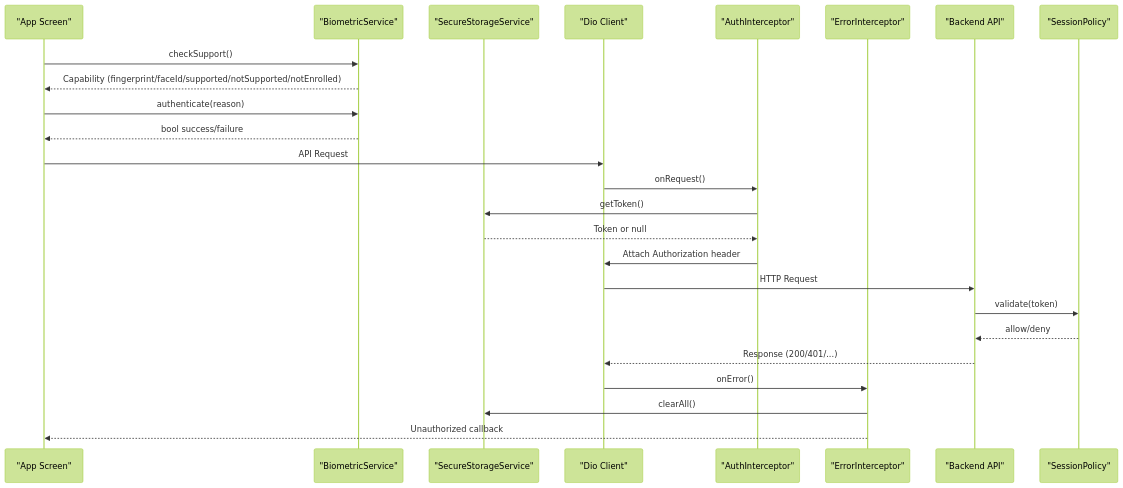
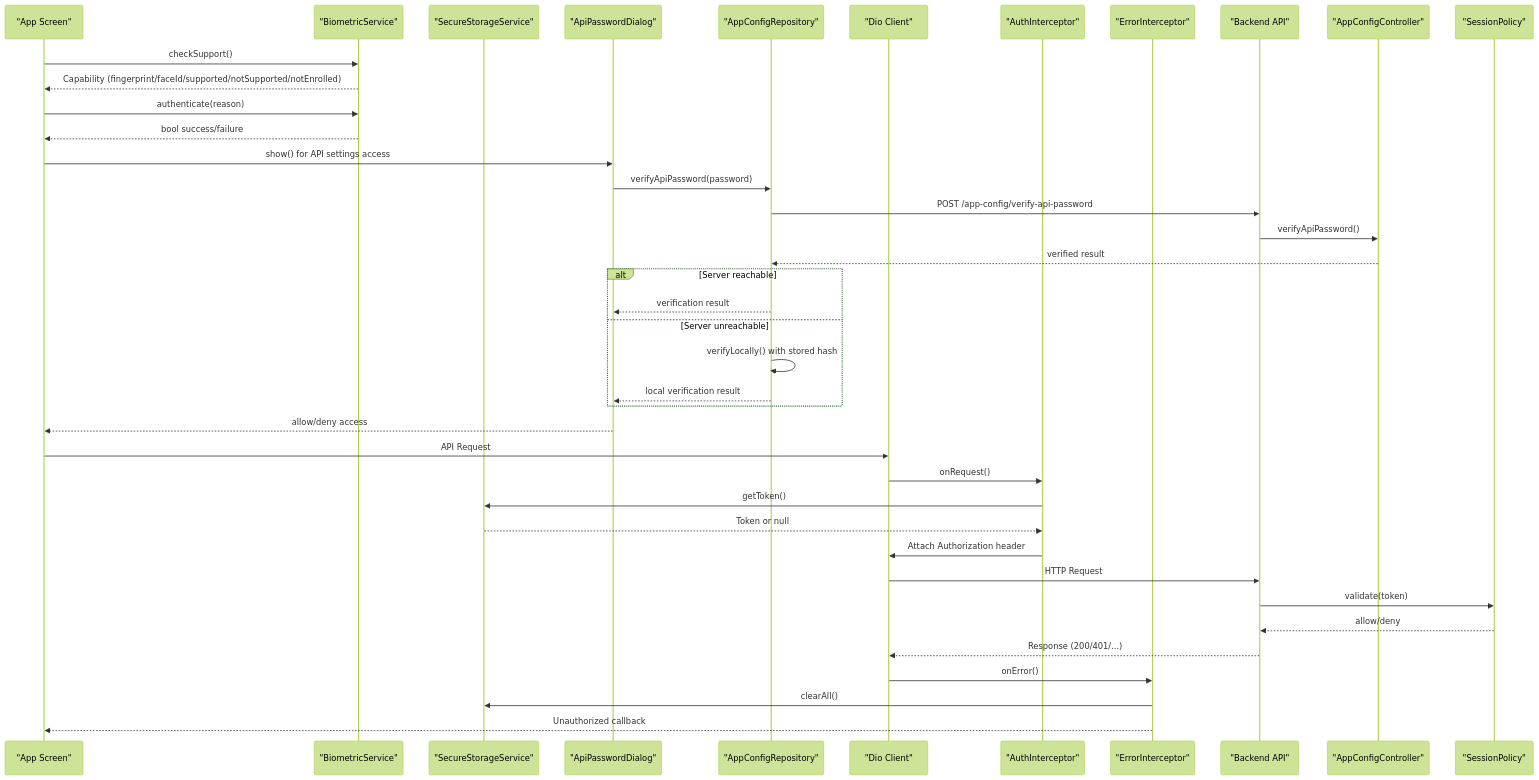
One commit to Aporaad/ky_apps changed the second of 10 diagrams in .qoder/repowiki/en/content/Frontend Development Guide/Feature Modules/Settings Module/Security Settings.md. Above: the diagram before and after it, drawn with Mermaid (forest theme). The commit also changed other lines of this file and 58 other files, not shown here.

````diff
--- a/.qoder/repowiki/en/content/Frontend Development Guide/Feature Modules/Settings Module/Security Settings.md
+++ b/.qoder/repowiki/en/content/Frontend Development Guide/Feature Modules/Settings Module/Security Settings.md
@@ -118,27 +154,42 @@
 ```mermaid
 sequenceDiagram
 participant App as "App Screen"
 participant BS as "BiometricService"
 participant SS as "SecureStorageService"
+participant APD as "ApiPasswordDialog"
+participant ACR as "AppConfigRepository"
 participant Dio as "Dio Client"
 participant AI as "AuthInterceptor"
 participant EI as "ErrorInterceptor"
 participant API as "Backend API"
+participant ACC as "AppConfigController"
 participant SP as "SessionPolicy"
 App->>BS : checkSupport()
 BS-->>App : Capability (fingerprint/faceId/supported/notSupported/notEnrolled)
 App->>BS : authenticate(reason)
 BS-->>App : bool success/failure
+App->>APD : show() for API settings access
+APD->>ACR : verifyApiPassword(password)
+ACR->>API : POST /app-config/verify-api-password
+API->>ACC : verifyApiPassword()
+ACC-->>ACR : verified result
+alt Server reachable
+ACR-->>APD : verification result
+else Server unreachable
+ACR->>ACR : verifyLocally() with stored hash
+ACR-->>APD : local verification result
+end
+APD-->>App : allow/deny access
 App->>Dio : API Request
 Dio->>AI : onRequest()
 AI->>SS : getToken()
 SS-->>AI : Token or null
 AI->>Dio : Attach Authorization header
 Dio->>API : HTTP Request
 API->>SP : validate(token)
 SP-->>API : allow/deny
 API-->>Dio : Response (200/401/...)
 Dio->>EI : onError()
 EI->>SS : clearAll()
 EI-->>App : Unauthorized callback
 ```
````
